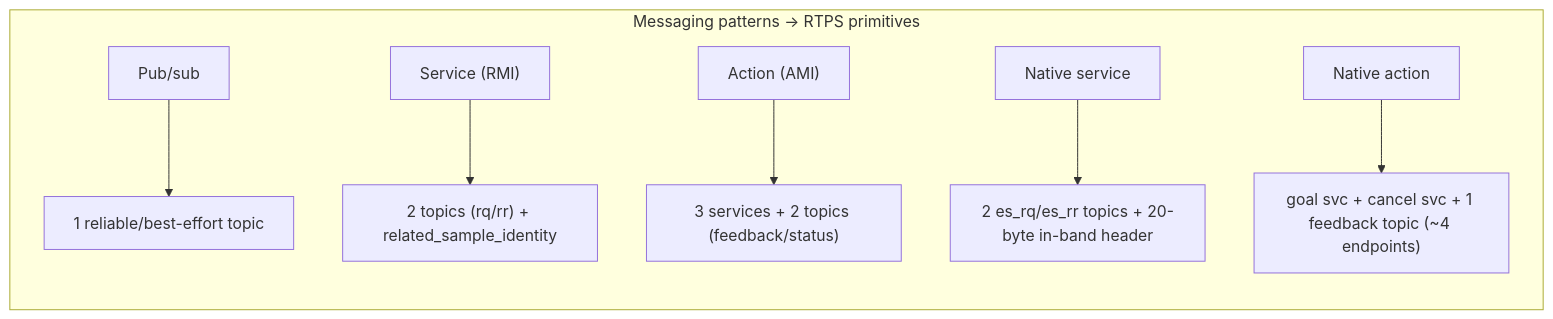
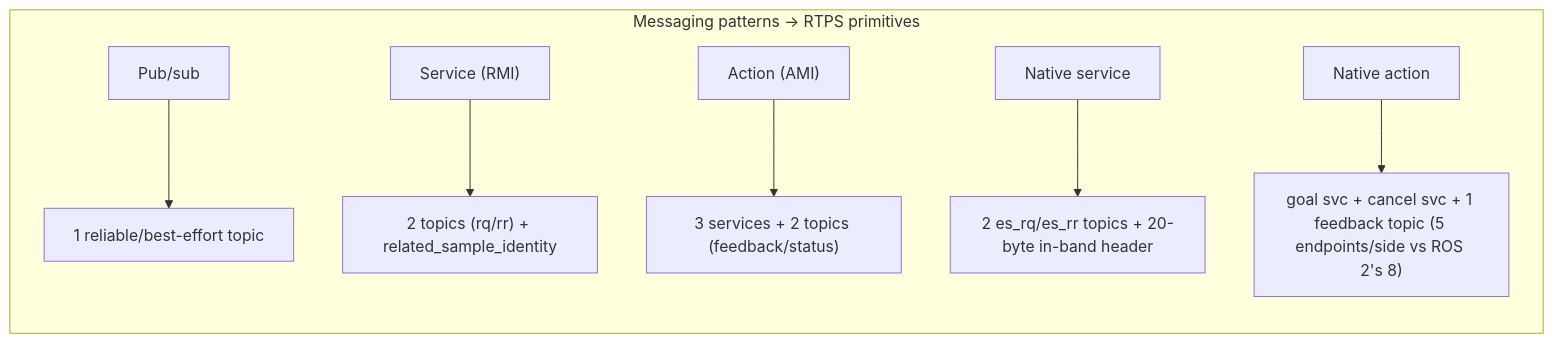
The second of 2 diagrams in components/rtps/README.md (esp-cpp/espp), drawn with Mermaid before and after one commit. The commit also changed 3 other files, not shown here.

First line of the commit message:
doc(rtps): make the native-action endpoint counting precise and consistent (PR #734 review)

````diff
--- a/components/rtps/README.md
+++ b/components/rtps/README.md
@@ -89,11 +89,11 @@
 ```mermaid
 flowchart LR
     subgraph patterns["Messaging patterns → RTPS primitives"]
         direction TB
         P1["Pub/sub"] --> W1["1 reliable/best-effort topic"]
         P2["Service (RMI)"] --> W2["2 topics (rq/rr) + related_sample_identity"]
         P3["Action (AMI)"] --> W3["3 services + 2 topics (feedback/status)"]
         P4["Native service"] --> W4["2 es_rq/es_rr topics + 20-byte in-band header"]
-        P5["Native action"] --> W5["goal svc + cancel svc + 1 feedback topic (~4 endpoints)"]
+        P5["Native action"] --> W5["goal svc + cancel svc + 1 feedback topic (5 endpoints/side vs ROS 2's 8)"]
     end
 ```
````
